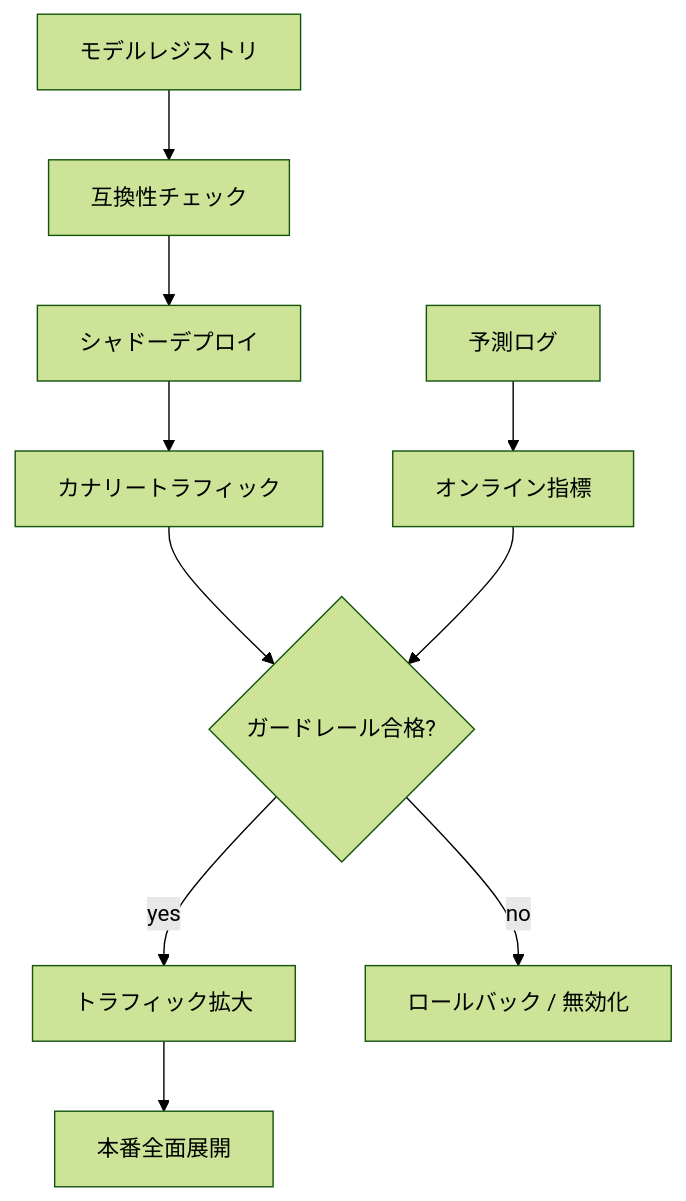
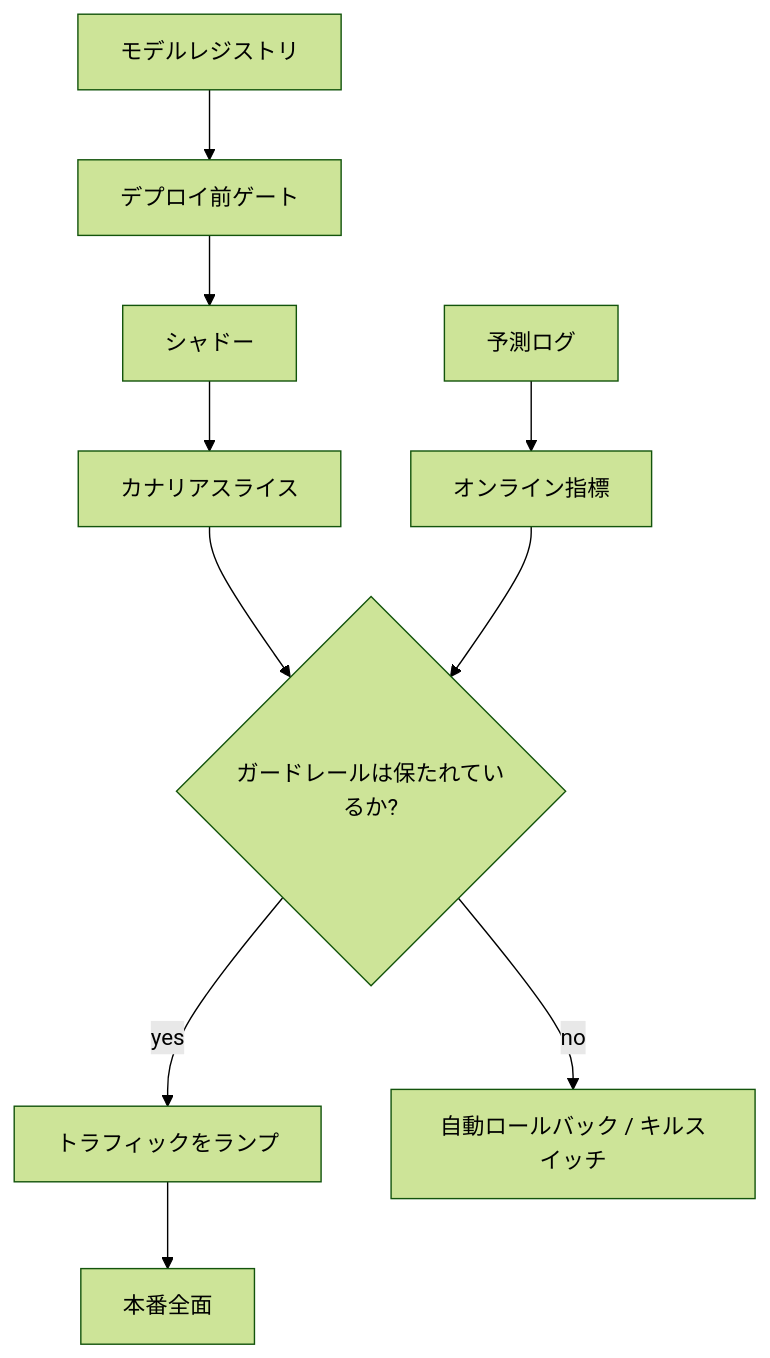
Before and after one commit to binarydevelop/system-design-patterns: the second of 2 diagrams in ja/16-ml-systems/06-model-deployment-rollouts.md, drawn with Mermaid (forest theme). The commit also changed other lines of this file and 9 other files, not shown here.

````diff
--- a/ja/16-ml-systems/06-model-deployment-rollouts.md
+++ b/ja/16-ml-systems/06-model-deployment-rollouts.md
@@ -57,13 +114,12 @@
 ```mermaid
 flowchart TB
-    REG["モデルレジストリ"] --> CHECK["互換性チェック"]
-    CHECK --> SHADOW["シャドーデプロイ"]
-    SHADOW --> CANARY["カナリートラフィック"]
-    CANARY --> GATE{"ガードレール合格?"}
-    GATE -->|"yes"| RAMP["トラフィック拡大"]
-    GATE -->|"no"| ROLLBACK["ロールバック / 無効化"]
-    RAMP --> FULL["本番全面展開"]
-
+    REG["モデルレジストリ"] --> CHECK["デプロイ前ゲート"]
+    CHECK --> SHADOW["シャドー"]
+    SHADOW --> CANARY["カナリアスライス"]
+    CANARY --> GATE{"ガードレールは保たれているか?"}
+    GATE -->|"yes"| RAMP["トラフィックをランプ"]
+    GATE -->|"no"| ROLLBACK["自動ロールバック / キルスイッチ"]
+    RAMP --> FULL["本番全面"]
     LOG["予測ログ"] --> METRICS["オンライン指標"]
     METRICS --> GATE
 ```
````
